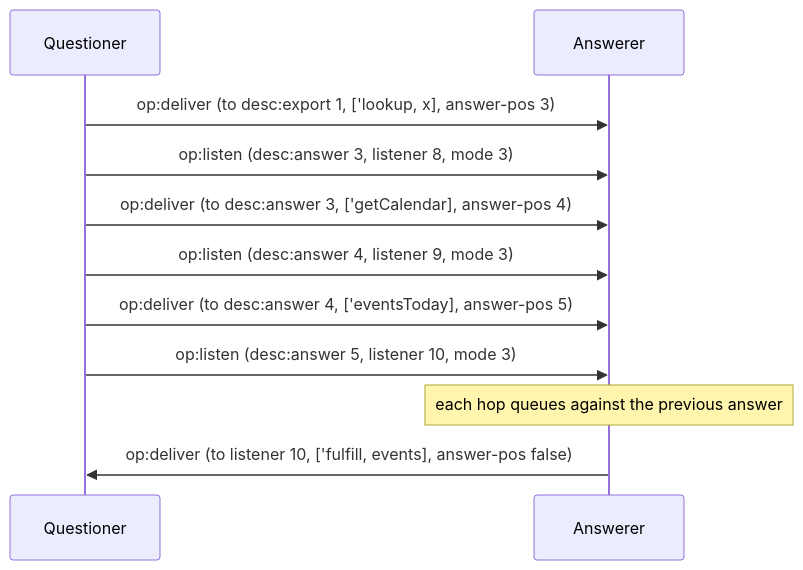
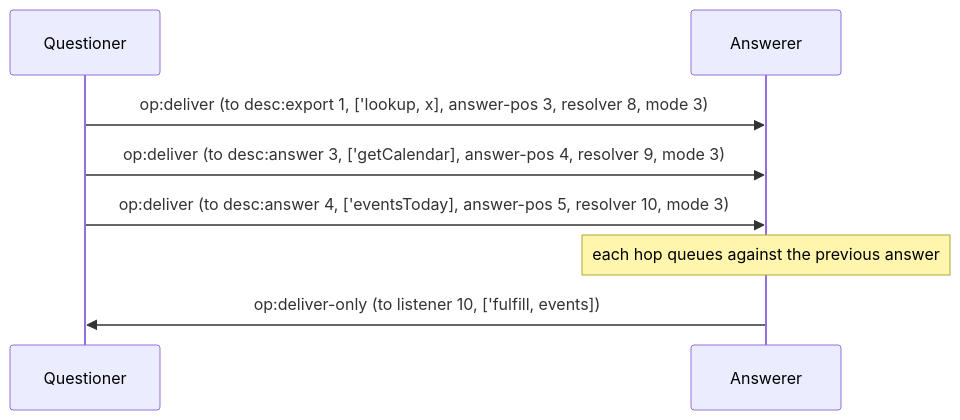
One commit to glowcap-org/glowcap changed the third of 7 diagrams in docs/protocol-diagrams/03-promises-and-pipelining.md. Above: the diagram before and after it, drawn with Mermaid. The commit also changed other lines of this file and 371 other files, not shown here.

````diff
--- a/docs/protocol-diagrams/03-promises-and-pipelining.md
+++ b/docs/protocol-diagrams/03-promises-and-pipelining.md
@@ -62,13 +60,10 @@
 ```mermaid
 sequenceDiagram
     participant Q as Questioner
     participant R as Answerer
-    Q->>R: op:deliver (to desc:export 1, ['lookup, x], answer-pos 3)
-    Q->>R: op:listen (desc:answer 3, listener 8, mode 3)
-    Q->>R: op:deliver (to desc:answer 3, ['getCalendar], answer-pos 4)
-    Q->>R: op:listen (desc:answer 4, listener 9, mode 3)
-    Q->>R: op:deliver (to desc:answer 4, ['eventsToday], answer-pos 5)
-    Q->>R: op:listen (desc:answer 5, listener 10, mode 3)
+    Q->>R: op:deliver (to desc:export 1, ['lookup, x], answer-pos 3, resolver 8, mode 3)
+    Q->>R: op:deliver (to desc:answer 3, ['getCalendar], answer-pos 4, resolver 9, mode 3)
+    Q->>R: op:deliver (to desc:answer 4, ['eventsToday], answer-pos 5, resolver 10, mode 3)
     Note over R: each hop queues against the previous answer
-    R->>Q: op:deliver (to listener 10, ['fulfill, events], answer-pos false)
+    R->>Q: op:deliver-only (to listener 10, ['fulfill, events])
 ```
````
